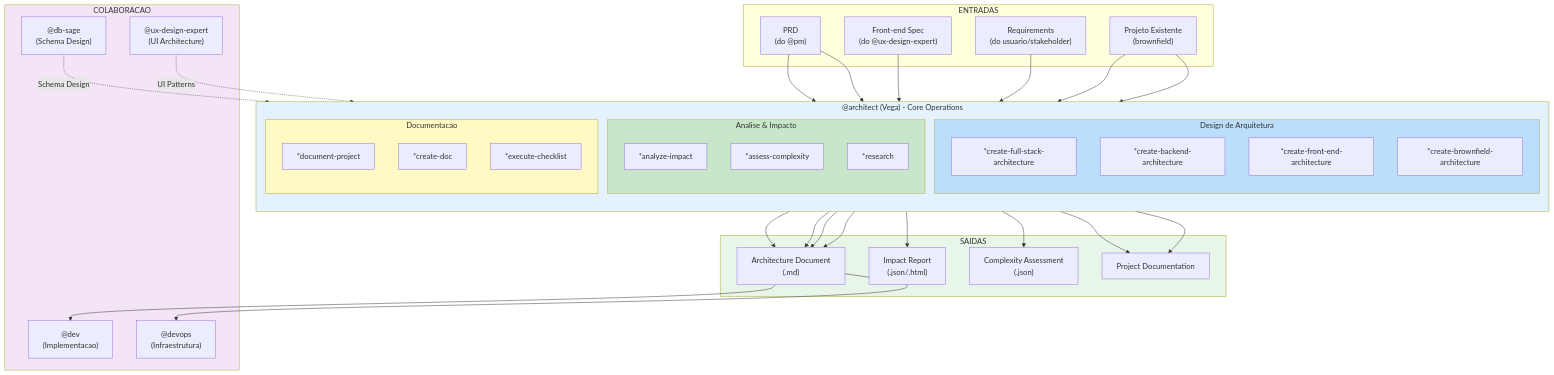
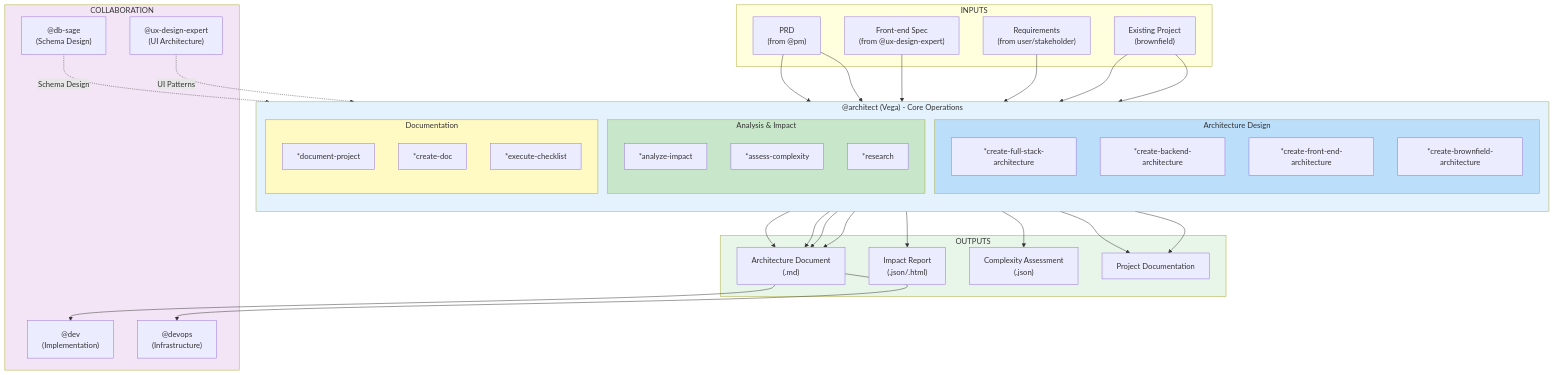
Before and after one commit to CyryxLabs/AEXOS: the first of 8 diagrams in docs/guides/agents/ARCHITECT-SYSTEM.md, drawn with Mermaid. The commit also changed other lines of this file and 528 other files, not shown here.

````diff
--- a/docs/guides/agents/ARCHITECT-SYSTEM.md
+++ b/docs/guides/agents/ARCHITECT-SYSTEM.md
@@ -92,77 +92,77 @@
 ```mermaid
 flowchart TB
-    subgraph INPUTS["ENTRADAS"]
-        PRD["PRD\n(do @pm)"]
-        FRONTEND_SPEC["Front-end Spec\n(do @ux-design-expert)"]
-        REQUIREMENTS["Requirements\n(do usuario/stakeholder)"]
-        EXISTING_PROJECT["Projeto Existente\n(brownfield)"]
+    subgraph INPUTS["INPUTS"]
+        PRD["PRD\n(from @pm)"]
+        FRONTEND_SPEC["Front-end Spec\n(from @ux-design-expert)"]
+        REQUIREMENTS["Requirements\n(from user/stakeholder)"]
+        EXISTING_PROJECT["Existing Project\n(brownfield)"]
     end
 
     subgraph ARCHITECT_CORE["@architect (Vega) - Core Operations"]
         direction TB
 
-        subgraph DESIGN["Design de Arquitetura"]
+        subgraph DESIGN["Architecture Design"]
             FULLSTACK["*create-full-stack-architecture"]
             BACKEND["*create-backend-architecture"]
             FRONTEND["*create-front-end-architecture"]
             BROWNFIELD["*create-brownfield-architecture"]
         end
 
-        subgraph ANALYSIS["Analise & Impacto"]
+        subgraph ANALYSIS["Analysis & Impact"]
             IMPACT["*analyze-impact"]
             COMPLEXITY["*assess-complexity"]
             RESEARCH["*research"]
         end
 
-        subgraph DOCS["Documentacao"]
+        subgraph DOCS["Documentation"]
             DOC_PROJECT["*document-project"]
             CREATE_DOC["*create-doc"]
             CHECKLIST["*execute-checklist"]
         end
     end
 
-    subgraph OUTPUTS["SAIDAS"]
+    subgraph OUTPUTS["OUTPUTS"]
         ARCH_DOC["Architecture Document\n(.md)"]
         IMPACT_REPORT["Impact Report\n(.json/.html)"]
         COMPLEXITY_JSON["Complexity Assessment\n(.json)"]
         PROJECT_DOCS["Project Documentation"]
     end
 
-    subgraph COLLABORATION["COLABORACAO"]
+    subgraph COLLABORATION["COLLABORATION"]
         DB_SAGE["@db-sage\n(Schema Design)"]
         UX_EXPERT["@ux-design-expert\n(UI Architecture)"]
-        DEV["@dev\n(Implementacao)"]
-        DEVOPS["@devops\n(Infraestrutura)"]
+        DEV["@dev\n(Implementation)"]
+        DEVOPS["@devops\n(Infrastructure)"]
     end
 
     PRD --> FULLSTACK
     PRD --> BACKEND
     FRONTEND_SPEC --> FRONTEND
     REQUIREMENTS --> BROWNFIELD
     EXISTING_PROJECT --> DOC_PROJECT
     EXISTING_PROJECT --> BROWNFIELD
 
     FULLSTACK --> ARCH_DOC
     BACKEND --> ARCH_DOC
     FRONTEND --> ARCH_DOC
     BROWNFIELD --> ARCH_DOC
 
     IMPACT --> IMPACT_REPORT
     COMPLEXITY --> COMPLEXITY_JSON
 
     DOC_PROJECT --> PROJECT_DOCS
     CREATE_DOC --> PROJECT_DOCS
 
     ARCH_DOC --> DEV
     ARCH_DOC --> DEVOPS
 
     DB_SAGE -.->|"Schema Design"| FULLSTACK
     UX_EXPERT -.->|"UI Patterns"| FRONTEND
 
     style ARCHITECT_CORE fill:#e3f2fd
     style DESIGN fill:#bbdefb
     style ANALYSIS fill:#c8e6c9
     style DOCS fill:#fff9c4
     style OUTPUTS fill:#e8f5e9
     style COLLABORATION fill:#f3e5f5
 ```
````
